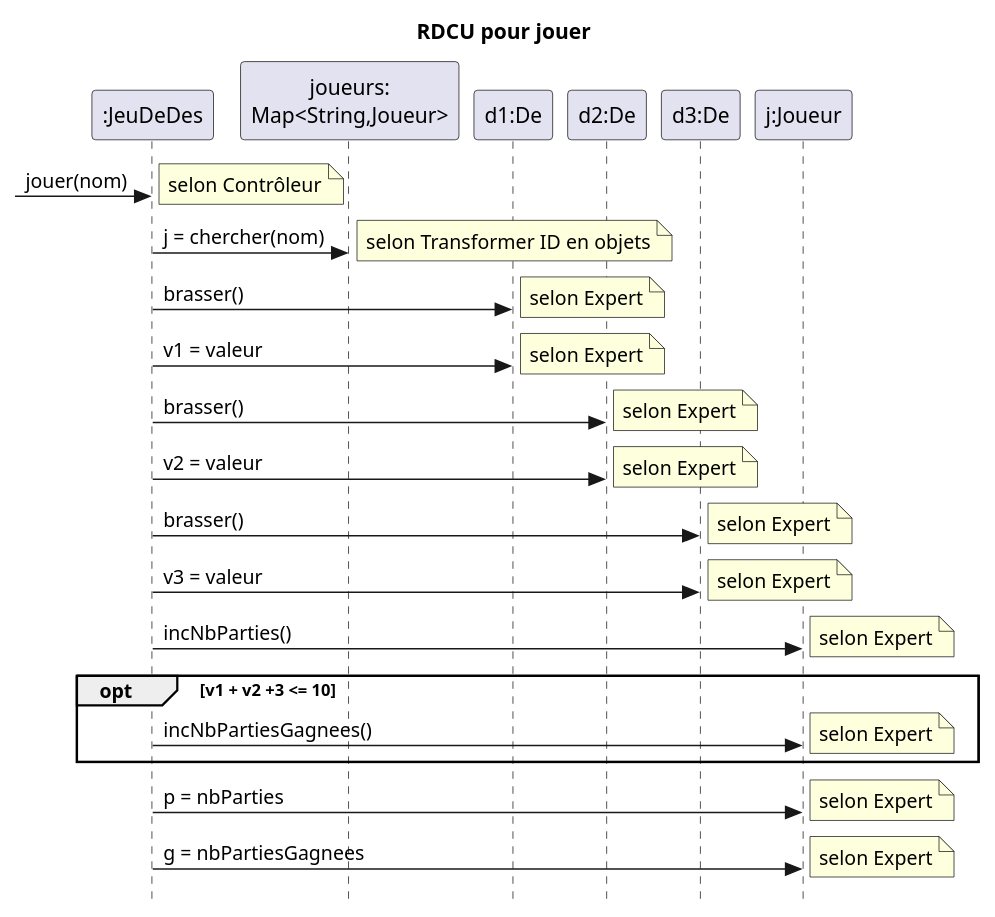
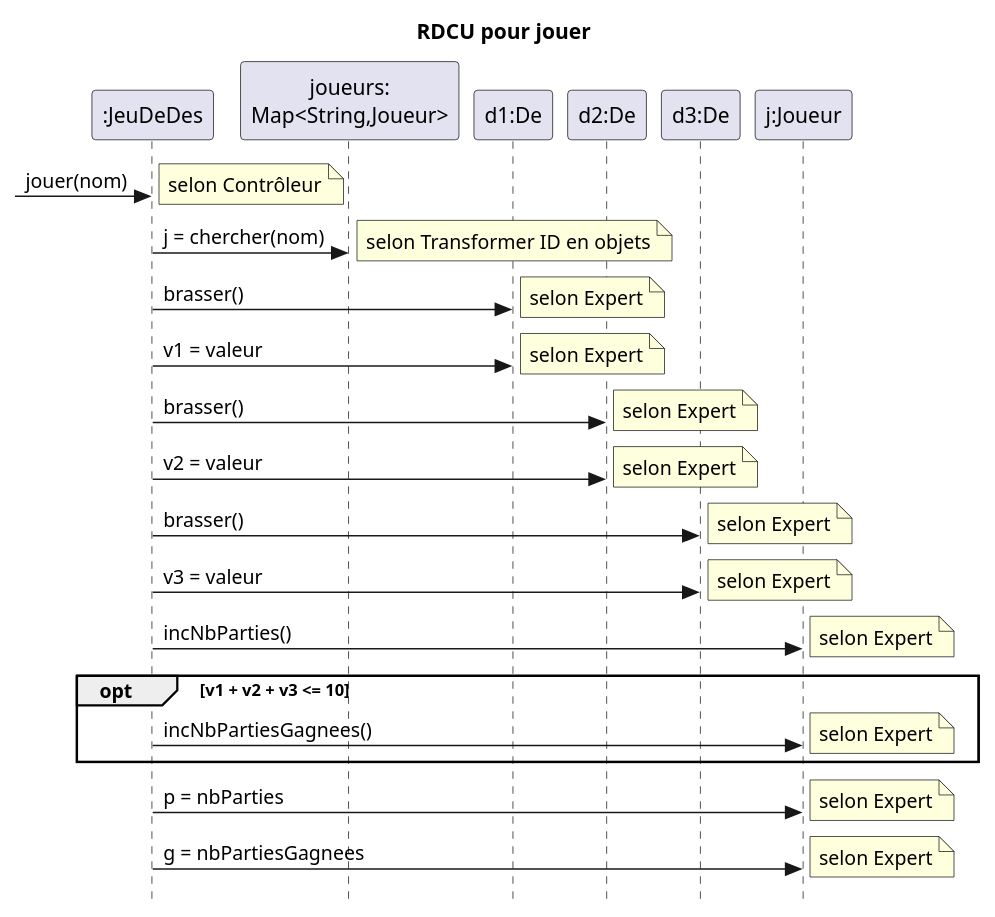
One commit to cc-probitaille/laboratoire-0-OlivierRaymondDev changed the diagram in docs/modeles/rdcu-jouer.puml. Above: the diagram before and after it, drawn with PlantUML. The commit also changed 5 other files, not shown here.

```diff
--- a/docs/modeles/rdcu-jouer.puml
+++ b/docs/modeles/rdcu-jouer.puml
@@ -1,37 +1,37 @@
 @startuml
 skinparam style strictuml
 skinparam defaultfontname Verdana
 title RDCU pour jouer
 participant ":JeuDeDes" as c
 participant "joueurs:\nMap<String,Joueur>" as jm
 participant "d1:De" as d1
 participant "d2:De" as d2
 participant "d3:De" as d3
 participant "j:Joueur" as j
 ->c : jouer(nom)
 note right : selon Contrôleur
 c->jm : j = chercher(nom)
 note right : selon Transformer ID en objets
 c->d1 : brasser()
 note right : selon Expert
 c->d1 : v1 = valeur
 note right : selon Expert
 c->d2 : brasser()
 note right : selon Expert
 c->d2 : v2 = valeur
 note right : selon Expert
 c->d3 : brasser()
 note right : selon Expert
 c->d3 : v3 = valeur
 note right : selon Expert
 c->j : incNbParties()
 note right : selon Expert
-opt v1 + v2 +3 <= 10
+opt v1 + v2 + v3 <= 10
   c->j : incNbPartiesGagnees()
   note right : selon Expert
 end opt
 c->j : p = nbParties
 note right : selon Expert
 c->j : g = nbPartiesGagnees
 note right : selon Expert
 @enduml
```
